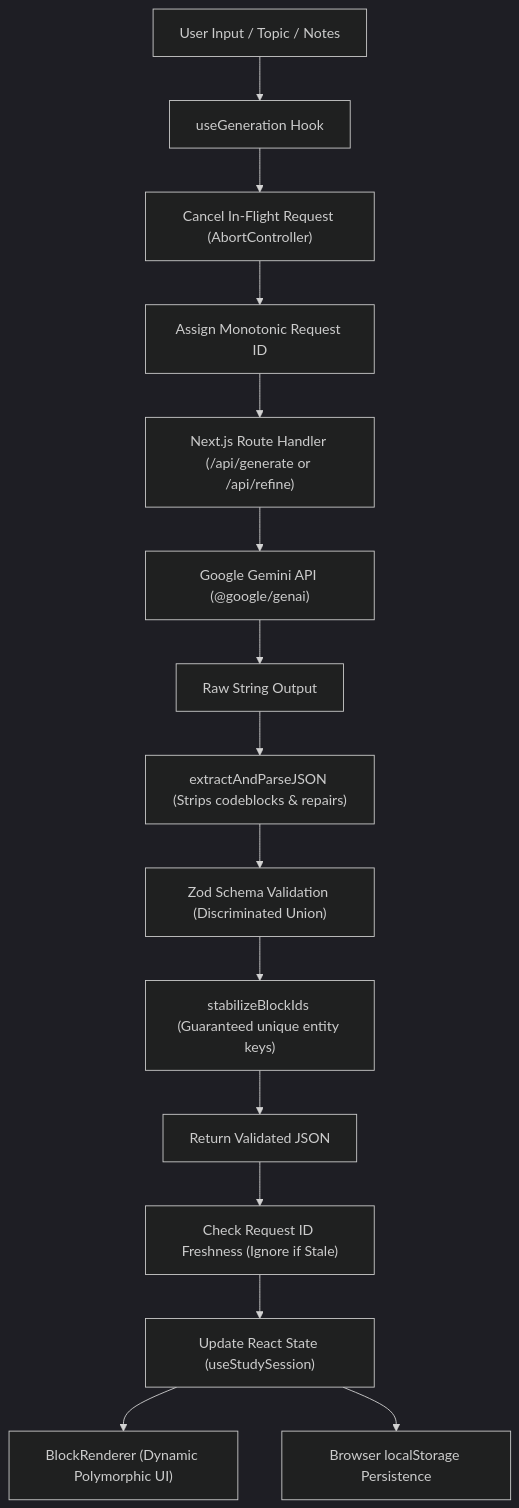
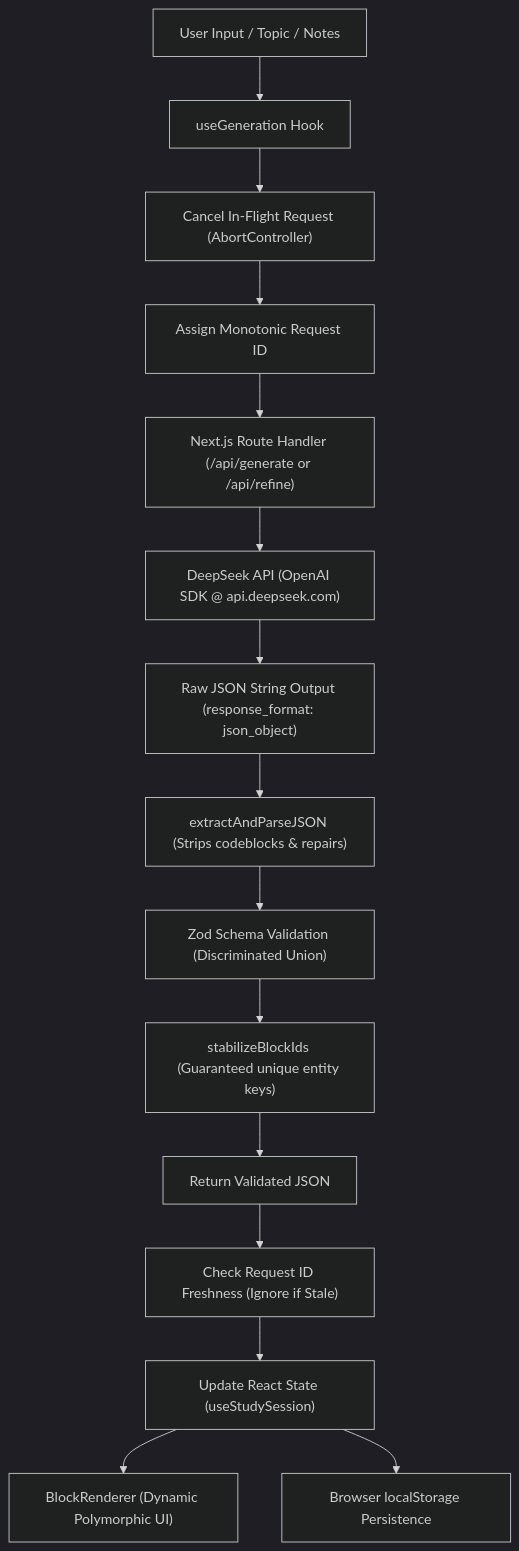
One commit to lokender11101/Re-Wise changed the diagram in README.md. Above: the diagram before and after it, drawn with Mermaid (dark theme). The commit also changed other lines of this file and 12 other files, not shown here.

Commit message:
feat: complete DeepSeek API migration via OpenAI SDK

````diff
--- a/README.md
+++ b/README.md
@@ -41,17 +43,17 @@
 ```mermaid
 flowchart TD
     A["User Input / Topic / Notes"] --> B["useGeneration Hook"]
     B --> C["Cancel In-Flight Request (AbortController)"]
     C --> D["Assign Monotonic Request ID"]
     D --> E["Next.js Route Handler (/api/generate or /api/refine)"]
-    E --> F["Google Gemini API (@google/genai)"]
-    F --> G["Raw String Output"]
+    E --> F["DeepSeek API (OpenAI SDK @ api.deepseek.com)"]
+    F --> G["Raw JSON String Output (response_format: json_object)"]
     G --> H["extractAndParseJSON (Strips codeblocks & repairs)"]
     H --> I["Zod Schema Validation (Discriminated Union)"]
     I --> J["stabilizeBlockIds (Guaranteed unique entity keys)"]
     J --> K["Return Validated JSON"]
     K --> L["Check Request ID Freshness (Ignore if Stale)"]
     L --> M["Update React State (useStudySession)"]
     M --> N["BlockRenderer (Dynamic Polymorphic UI)"]
     M --> O["Browser localStorage Persistence"]
 ```
````
